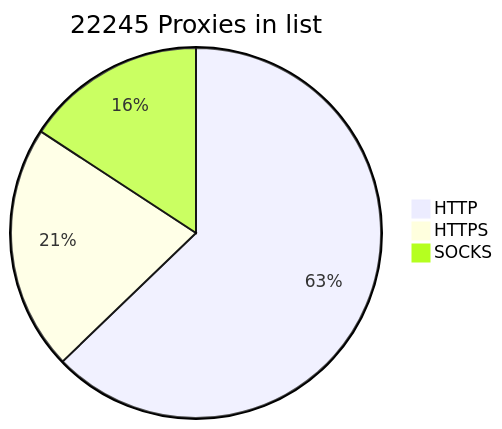
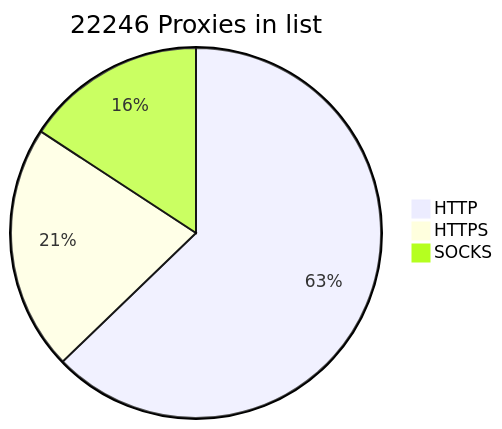
The diagram in README.md (BlackSnowDot/proxylist-update-every-minute), drawn with Mermaid before and after one commit.

````diff
--- a/README.md
+++ b/README.md
@@ -2,6 +2,6 @@
 ```mermaid
-pie title 22245 Proxies in list
-    "HTTP" : 15927
-    "HTTPS": 5435
+pie title 22246 Proxies in list
+    "HTTP" : 15926
+    "HTTPS": 5438
     "SOCKS" : 4001
 ```
````
